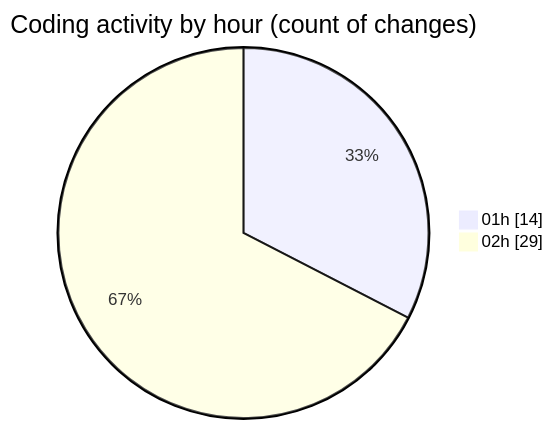
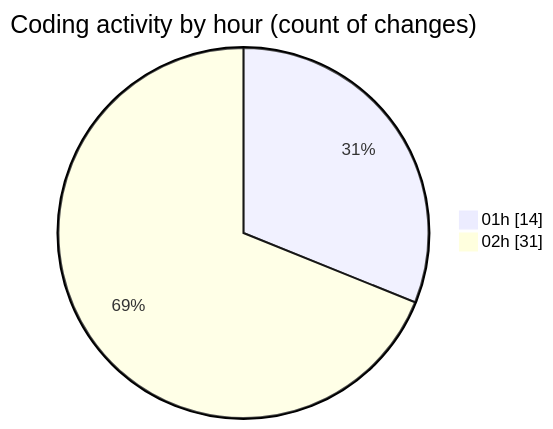
Before and after one commit to jrari/code-tracking: the second of 2 diagrams in 2025-07-13/telebot/README.md, drawn with Mermaid. The commit also changed other lines of this file and 1 other file, not shown here.

````diff
--- a/2025-07-13/telebot/README.md
+++ b/2025-07-13/telebot/README.md
@@ -50,6 +51,6 @@
 ```mermaid
 pie showData
 title Coding activity by hour (count of changes)
 "01h" : 14
-"02h" : 29
+"02h" : 31
 ```
````
